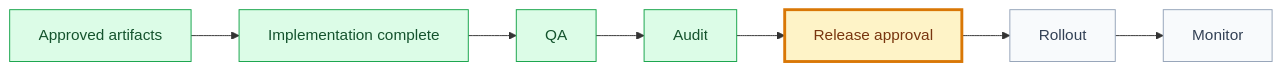
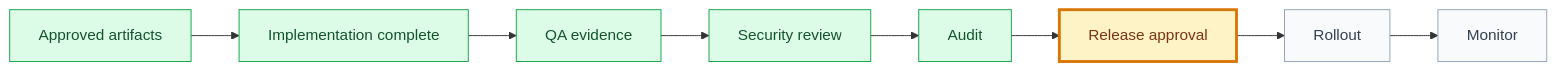
Before and after one commit to JonatasFreireDev/spec-framework: the diagram in knowledge/templates/release-template.md, drawn with Mermaid. The commit also changed other lines of this file and 20 other files, not shown here.

Commit message:
Add QA evidence and security review gates

````diff
--- a/knowledge/templates/release-template.md
+++ b/knowledge/templates/release-template.md
@@ -15,18 +15,19 @@
 ```mermaid
 flowchart LR
   A["Approved artifacts"] --> B["Implementation complete"]
-  B --> C["QA"]
-  C --> D["Audit"]
-  D --> E["Release approval"]
-  E --> F["Rollout"]
-  F --> G["Monitor"]
+  B --> C["QA evidence"]
+  C --> D["Security review"]
+  D --> E["Audit"]
+  E --> F["Release approval"]
+  F --> G["Rollout"]
+  G --> H["Monitor"]
 
   classDef done fill:#dcfce7,stroke:#16a34a,color:#14532d;
   classDef current fill:#fef3c7,stroke:#d97706,color:#78350f,stroke-width:3px;
   classDef pending fill:#f8fafc,stroke:#94a3b8,color:#334155;
   classDef blocked fill:#fee2e2,stroke:#dc2626,color:#7f1d1d;
 
-  class A,B,C,D done;
-  class E current;
-  class F,G pending;
+  class A,B,C,D,E done;
+  class F current;
+  class G,H pending;
 ```
````
